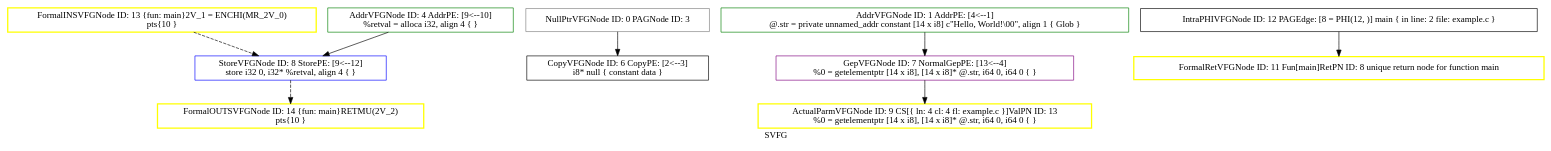
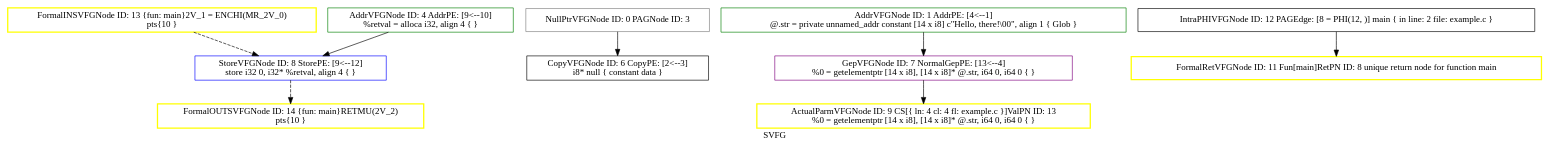
One commit to joshua-sy/CapstoneProject changed the diagram in svfg.dot. Above: the diagram before and after it, drawn with Graphviz. The commit also changed 45 other files, not shown here.

```diff
--- a/svfg.dot
+++ b/svfg.dot
@@ -1,22 +1,22 @@
 digraph "SVFG" {
 	label="SVFG";
 
-	Node0x555e392ed600 [shape=record,color=yellow,penwidth=2,label="{FormalOUTSVFGNode ID: 14 \{fun: main\}RETMU(2V_2)\npts\{10 \}\n}"];
-	Node0x555e392ede80 [shape=record,color=yellow,penwidth=2,label="{FormalINSVFGNode ID: 13 \{fun: main\}2V_1 = ENCHI(MR_2V_0)\npts\{10 \}\n}"];
-	Node0x555e392ede80 -> Node0x555e39330c60[style=dashed];
-	Node0x555e39325950 [shape=record,color=grey,label="{NullPtrVFGNode ID: 0 PAGNode ID: 3\n}"];
-	Node0x555e39325950 -> Node0x555e393309a0[style=solid];
-	Node0x555e39325300 [shape=record,color=green,label="{AddrVFGNode ID: 1 AddrPE: [4\<--1]  \n @.str = private unnamed_addr constant [14 x i8] c\"Hello, World!\\00\", align 1 \{ Glob  \}}"];
-	Node0x555e39325300 -> Node0x555e39330b00[style=solid];
-	Node0x555e39330600 [shape=record,color=green,label="{AddrVFGNode ID: 4 AddrPE: [9\<--10]  \n   %retval = alloca i32, align 4 \{  \}}"];
-	Node0x555e39330600 -> Node0x555e39330c60[style=solid];
-	Node0x555e393309a0 [shape=record,color=black,label="{CopyVFGNode ID: 6 CopyPE: [2\<--3]  \n i8* null \{ constant data \}}"];
-	Node0x555e39330b00 [shape=record,color=purple,label="{GepVFGNode ID: 7 NormalGepPE: [13\<--4]  \n   %0 = getelementptr [14 x i8], [14 x i8]* @.str, i64 0, i64 0 \{  \}}"];
-	Node0x555e39330b00 -> Node0x555e39330d90[style=solid];
-	Node0x555e39330c60 [shape=record,color=blue,label="{StoreVFGNode ID: 8 StorePE: [9\<--12]  \n   store i32 0, i32* %retval, align 4 \{  \}}"];
-	Node0x555e39330c60 -> Node0x555e392ed600[style=dashed];
-	Node0x555e39330d90 [shape=record,color=yellow,penwidth=2,label="{ActualParmVFGNode ID: 9 CS[\{ ln: 4  cl: 4  fl: example.c \}]ValPN ID: 13\n   %0 = getelementptr [14 x i8], [14 x i8]* @.str, i64 0, i64 0 \{  \}}"];
-	Node0x555e39331100 [shape=record,color=yellow,penwidth=2,label="{FormalRetVFGNode ID: 11 Fun[main]RetPN ID: 8 unique return node for function main}"];
-	Node0x555e393259e0 [shape=record,color=black,label="{IntraPHIVFGNode ID: 12 PAGEdge: [8 = PHI(12, )]    main \{ in line: 2 file: example.c \}}"];
-	Node0x555e393259e0 -> Node0x555e39331100[style=solid];
+	Node0x563472df69c0 [shape=record,color=yellow,penwidth=2,label="{FormalOUTSVFGNode ID: 14 \{fun: main\}RETMU(2V_2)\npts\{10 \}\n}"];
+	Node0x563472df6550 [shape=record,color=yellow,penwidth=2,label="{FormalINSVFGNode ID: 13 \{fun: main\}2V_1 = ENCHI(MR_2V_0)\npts\{10 \}\n}"];
+	Node0x563472df6550 -> Node0x563472e3ab30[style=dashed];
+	Node0x563472e2f7e0 [shape=record,color=grey,label="{NullPtrVFGNode ID: 0 PAGNode ID: 3\n}"];
+	Node0x563472e2f7e0 -> Node0x563472e3a870[style=solid];
+	Node0x563472e2f1f0 [shape=record,color=green,label="{AddrVFGNode ID: 1 AddrPE: [4\<--1]  \n @.str = private unnamed_addr constant [14 x i8] c\"Hello, there!\\00\", align 1 \{ Glob  \}}"];
+	Node0x563472e2f1f0 -> Node0x563472e3a9d0[style=solid];
+	Node0x563472e3a4d0 [shape=record,color=green,label="{AddrVFGNode ID: 4 AddrPE: [9\<--10]  \n   %retval = alloca i32, align 4 \{  \}}"];
+	Node0x563472e3a4d0 -> Node0x563472e3ab30[style=solid];
+	Node0x563472e3a870 [shape=record,color=black,label="{CopyVFGNode ID: 6 CopyPE: [2\<--3]  \n i8* null \{ constant data \}}"];
+	Node0x563472e3a9d0 [shape=record,color=purple,label="{GepVFGNode ID: 7 NormalGepPE: [13\<--4]  \n   %0 = getelementptr [14 x i8], [14 x i8]* @.str, i64 0, i64 0 \{  \}}"];
+	Node0x563472e3a9d0 -> Node0x563472e3ac60[style=solid];
+	Node0x563472e3ab30 [shape=record,color=blue,label="{StoreVFGNode ID: 8 StorePE: [9\<--12]  \n   store i32 0, i32* %retval, align 4 \{  \}}"];
+	Node0x563472e3ab30 -> Node0x563472df69c0[style=dashed];
+	Node0x563472e3ac60 [shape=record,color=yellow,penwidth=2,label="{ActualParmVFGNode ID: 9 CS[\{ ln: 4  cl: 4  fl: example.c \}]ValPN ID: 13\n   %0 = getelementptr [14 x i8], [14 x i8]* @.str, i64 0, i64 0 \{  \}}"];
+	Node0x563472e3afd0 [shape=record,color=yellow,penwidth=2,label="{FormalRetVFGNode ID: 11 Fun[main]RetPN ID: 8 unique return node for function main}"];
+	Node0x563472e2f870 [shape=record,color=black,label="{IntraPHIVFGNode ID: 12 PAGEdge: [8 = PHI(12, )]    main \{ in line: 2 file: example.c \}}"];
+	Node0x563472e2f870 -> Node0x563472e3afd0[style=solid];
 }
```
